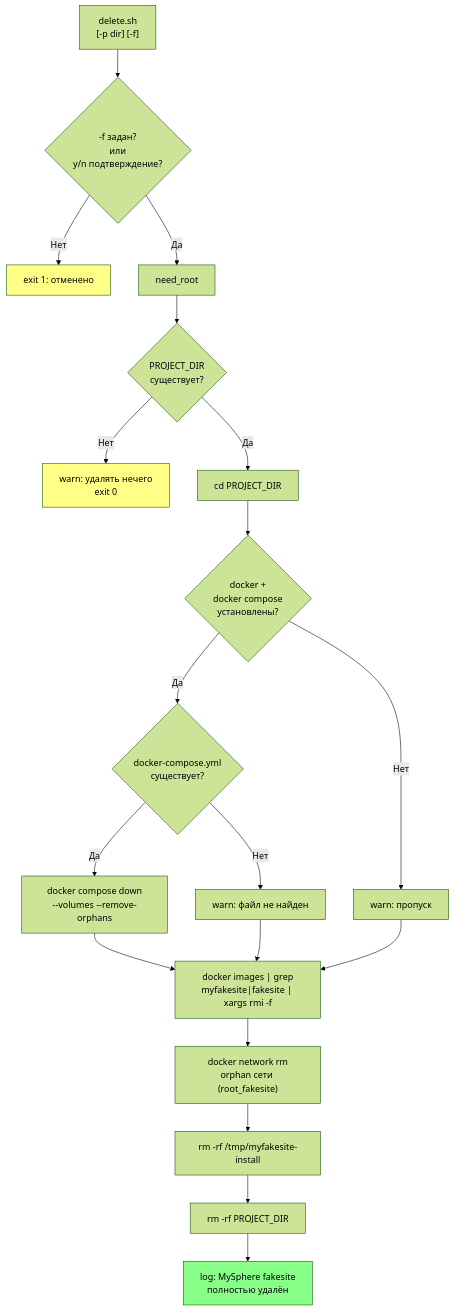
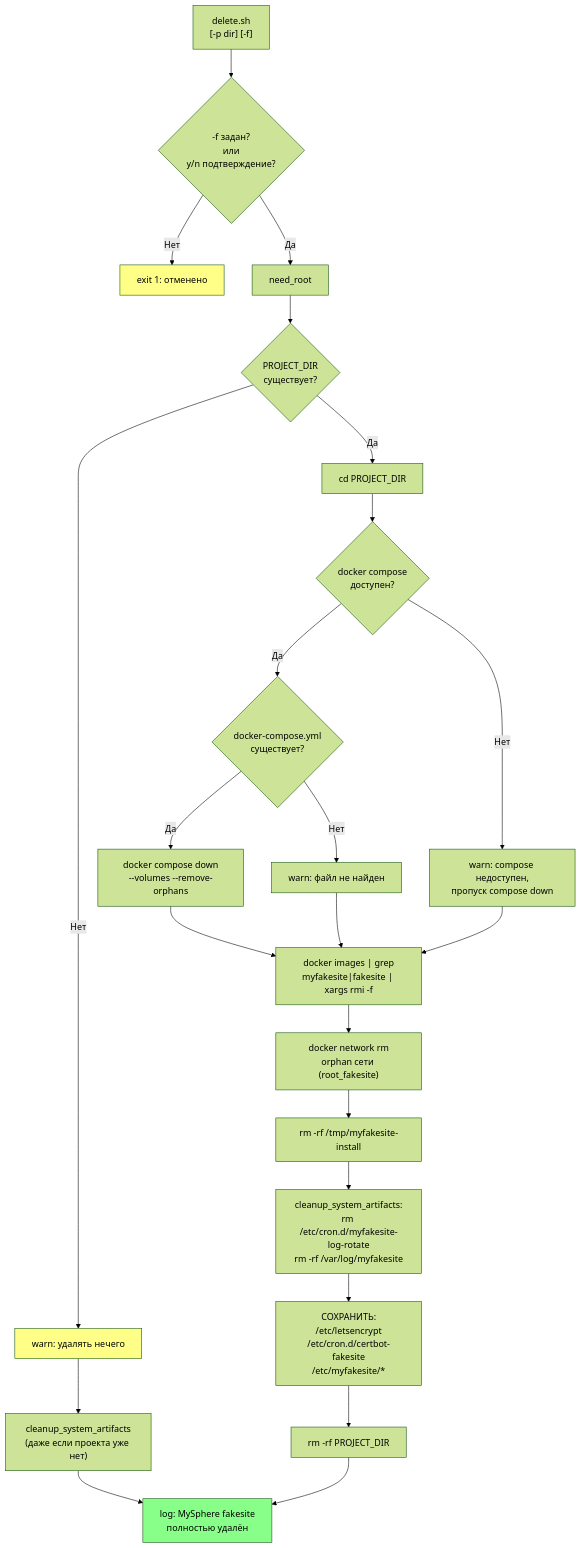
One commit to iqubik/myfakesite changed the ninth of 12 diagrams in docs/architecture.md. Above: the diagram before and after it, drawn with Mermaid (forest theme). The commit also changed other lines of this file and 9 other files, not shown here.

````diff
--- a/docs/architecture.md
+++ b/docs/architecture.md
@@ -271,36 +296,40 @@
 ```mermaid
 flowchart TD
   A["delete.sh\n[-p dir] [-f]"] --> Confirm{"-f задан?\nили\ny/n подтверждение?"}
 
   Confirm -->|Нет| ExitDel["exit 1: отменено"]
   Confirm -->|Да| RootD["need_root"]
 
   RootD --> DirCheckD{"PROJECT_DIR\nсуществует?"}
 
-  DirCheckD -->|Нет| WarnD["warn: удалять нечего\nexit 0"]
+  DirCheckD -->|Нет| WarnD["warn: удалять нечего"]
   DirCheckD -->|Да| CdD["cd PROJECT_DIR"]
 
-  CdD --> DockerCheckD{"docker +\ndocker compose\nустановлены?"}
+  CdD --> DockerCheckD{"docker compose\nдоступен?"}
 
-  DockerCheckD -->|Нет| SkipDocker["warn: пропуск"]
+  DockerCheckD -->|Нет| SkipDocker["warn: compose недоступен,\nпропуск compose down"]
   DockerCheckD -->|Да| ComposeYML{"docker-compose.yml\nсуществует?"}
 
   ComposeYML -->|Да| ComposeDown["docker compose down\n--volumes --remove-orphans"]
   ComposeYML -->|Нет| WarnNoYML["warn: файл не найден"]
 
   ComposeDown --> CleanImages
   WarnNoYML --> CleanImages
   SkipDocker --> CleanImages
 
   CleanImages["docker images | grep\nmyfakesite|fakesite | xargs rmi -f"] --> CleanNetworks["docker network rm\norphan сети (root_fakesite)"]
 
   CleanNetworks --> CleanTmp["rm -rf /tmp/myfakesite-install"]
+  CleanTmp --> CleanArtifacts["cleanup_system_artifacts:\nrm /etc/cron.d/myfakesite-log-rotate\nrm -rf /var/log/myfakesite"]
+  CleanArtifacts --> PreserveCerts["СОХРАНИТЬ:\n/etc/letsencrypt\n/etc/cron.d/certbot-fakesite\n/etc/myfakesite/*"]
 
-  CleanTmp --> RmDir["rm -rf PROJECT_DIR"]
+  PreserveCerts --> RmDir["rm -rf PROJECT_DIR"]
+  WarnD --> CleanArtifactsNoDir["cleanup_system_artifacts\n(даже если проекта уже нет)"]
+  CleanArtifactsNoDir --> DoneD
 
   RmDir --> DoneD["log: MySphere fakesite\nполностью удалён"]
 
   style ExitDel fill:#ff8,color:#000
   style WarnD fill:#ff8,color:#000
   style DoneD fill:#8f8,color:#000
 ```
````
